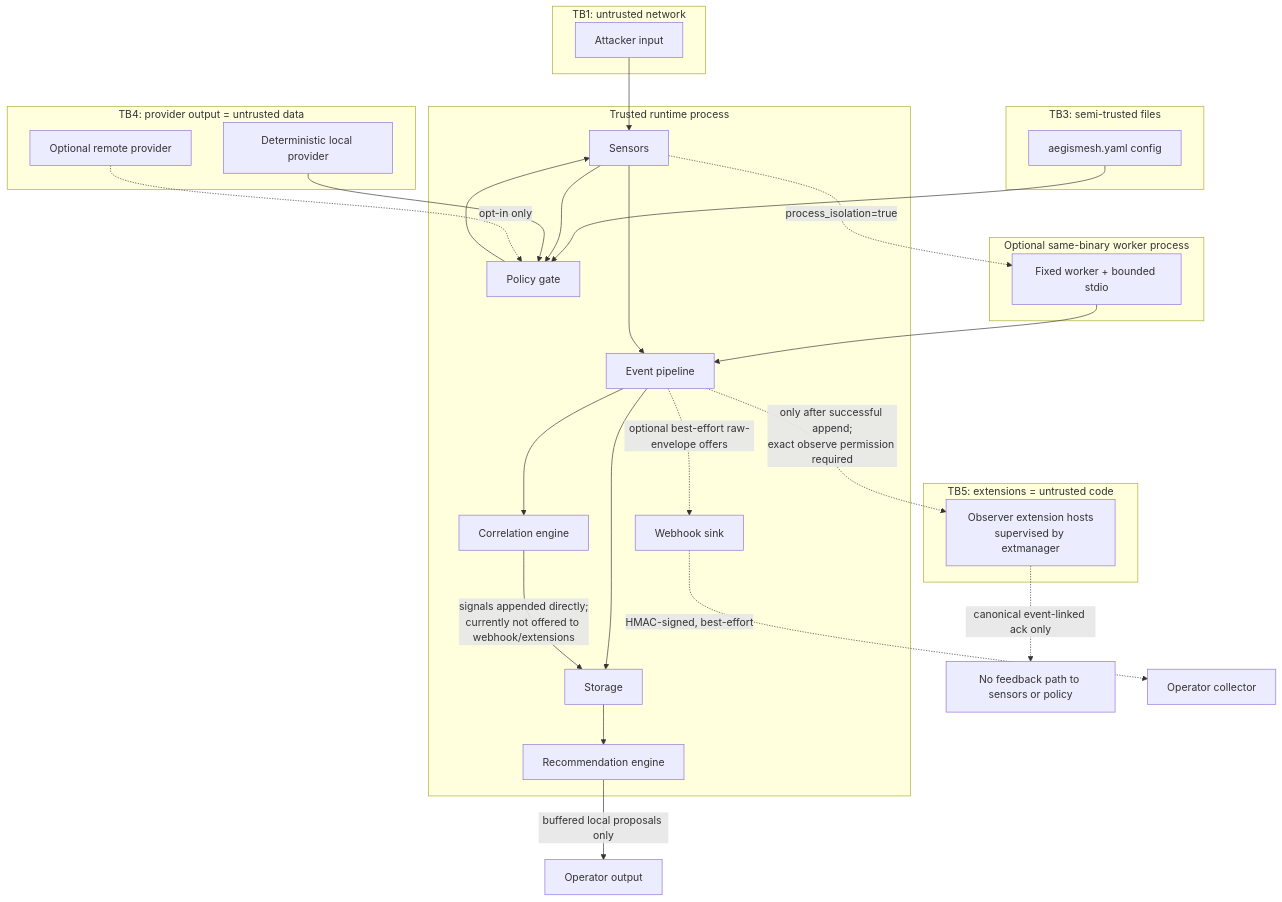
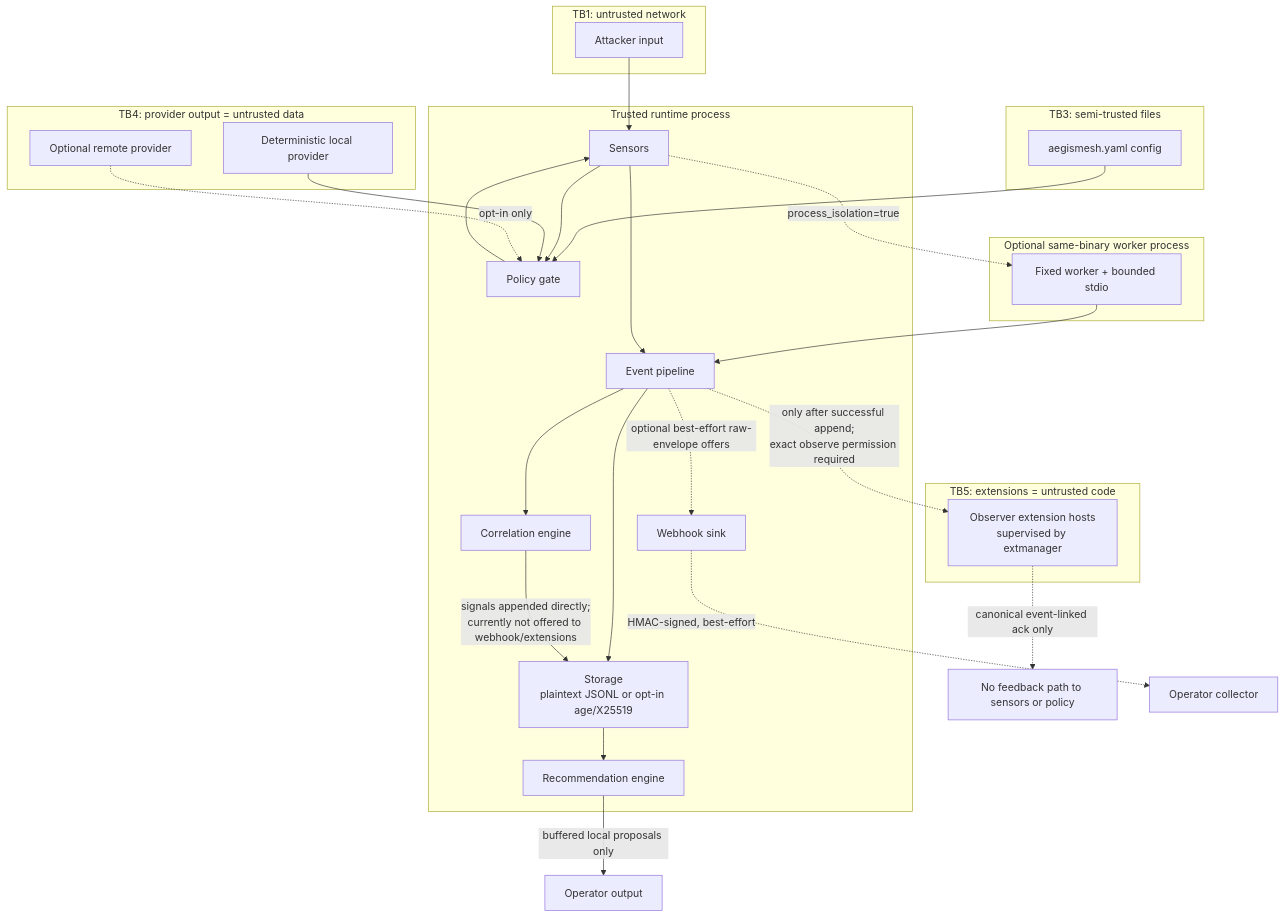
The second of 3 diagrams in docs/architecture/data-flow.md (metaforismo/AegisMesh), drawn with Mermaid before and after one commit. The commit also changed other lines of this file and 38 other files, not shown here.

First line of the commit message:
feat(storage): encrypt evidence at rest with age/X25519

````diff
--- a/docs/architecture/data-flow.md
+++ b/docs/architecture/data-flow.md
@@ -139,46 +140,47 @@
 ```mermaid
 flowchart TB
     subgraph TB1["TB1: untrusted network"]
         X[Attacker input]
     end
     subgraph CORE["Trusted runtime process"]
         S[Sensors]
         POL[Policy gate]
         EV[Event pipeline]
         COR[Correlation engine]
         WEB[Webhook sink]
-        ST[Storage]
+        ST[Storage
+plaintext JSONL or opt-in age/X25519]
         REC[Recommendation engine]
     end
     subgraph WORKER["Optional same-binary worker process"]
         SW[Fixed worker + bounded stdio]
     end
     subgraph TB3["TB3: semi-trusted files"]
         CF[aegismesh.yaml config]
     end
     subgraph TB4["TB4: provider output = untrusted data"]
         LP[Deterministic local provider]
         RP[Optional remote provider]
     end
     subgraph TB5["TB5: extensions = untrusted code"]
         EH[Observer extension hosts\nsupervised by extmanager]
     end
     X --> S
     S -.->|process_isolation=true| SW
     SW --> EV
     CF --> POL
     S --> POL
     LP --> POL
     RP -.->|opt-in only| POL
     S --> EV
     POL --> S
     EV --> ST
     ST --> REC
     EV --> COR
     EV -.->|"optional best-effort raw-envelope offers"| WEB
     COR -->|"signals appended directly;\ncurrently not offered to webhook/extensions"| ST
     EV -.->|"only after successful append;\nexact observe permission required"| EH
     EH -.->|"canonical event-linked ack only"| NFB[No feedback path to sensors or policy]
     WEB -.->|"HMAC-signed, best-effort"| COL[Operator collector]
     REC -->|"buffered local proposals only"| OUT[Operator output]
 ```
````
